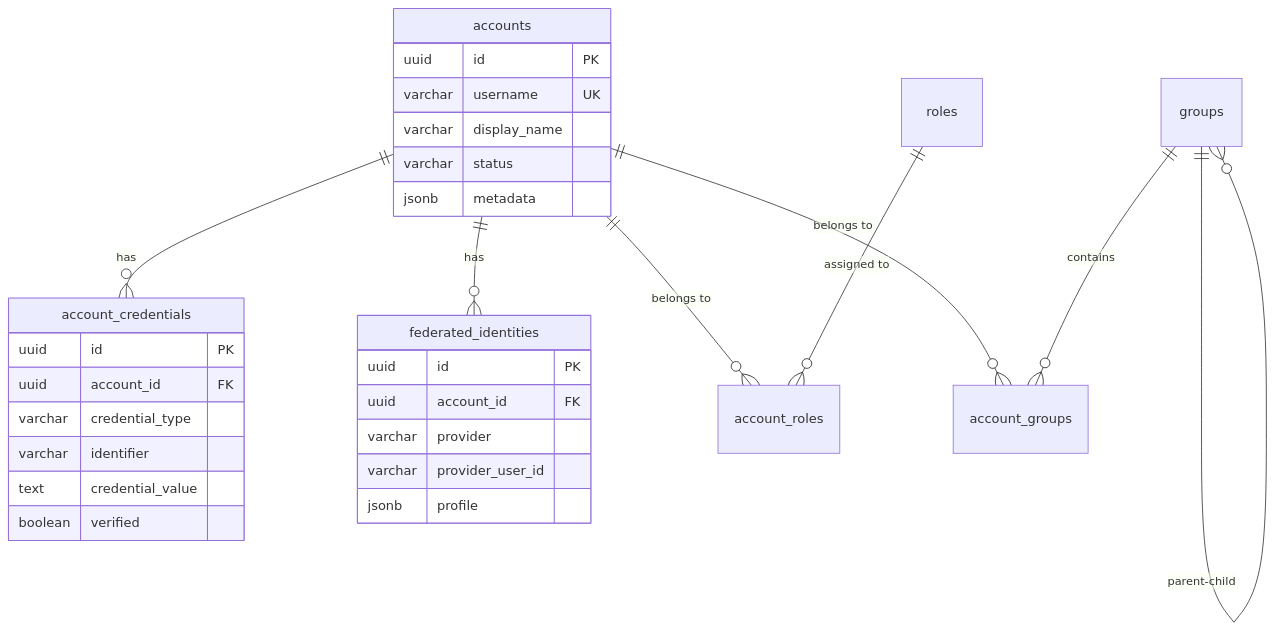
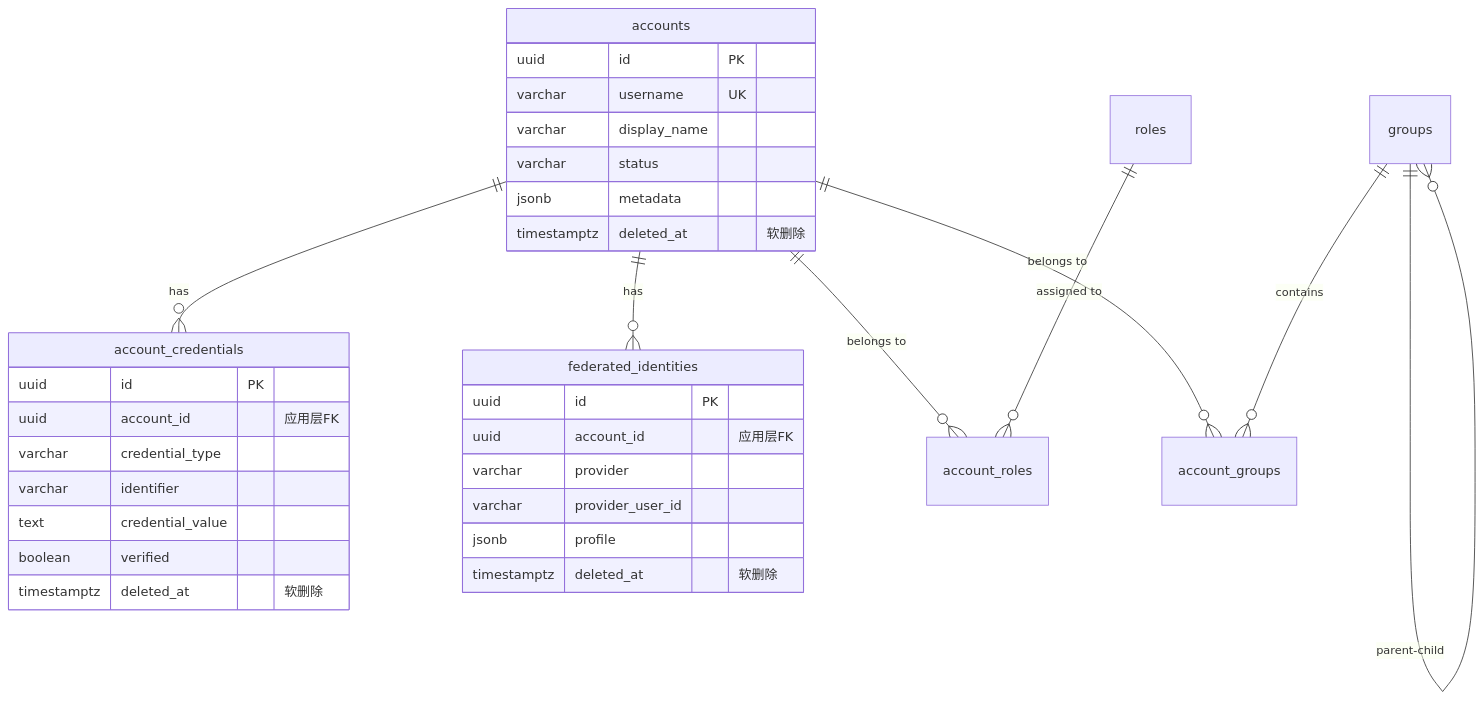
One commit to rushairer/gosso changed the third of 17 diagrams in doc/TODO.md. Above: the diagram before and after it, drawn with Mermaid. The commit also changed other lines of this file and 1 other file, not shown here.

````diff
--- a/doc/TODO.md
+++ b/doc/TODO.md
@@ -188,35 +278,38 @@
 ```mermaid
 erDiagram
     accounts ||--o{ account_credentials : "has"
     accounts ||--o{ federated_identities : "has"
     accounts ||--o{ account_roles : "belongs to"
     accounts ||--o{ account_groups : "belongs to"
     roles ||--o{ account_roles : "assigned to"
     groups ||--o{ account_groups : "contains"
     groups ||--o{ groups : "parent-child"
     
     accounts {
         uuid id PK
         varchar username UK
         varchar display_name
         varchar status
         jsonb metadata
+        timestamptz deleted_at "软删除"
     }
     
     account_credentials {
         uuid id PK
-        uuid account_id FK
+        uuid account_id "应用层FK"
         varchar credential_type
         varchar identifier
         text credential_value
         boolean verified
+        timestamptz deleted_at "软删除"
     }
     
     federated_identities {
         uuid id PK
-        uuid account_id FK
+        uuid account_id "应用层FK"
         varchar provider
         varchar provider_user_id
         jsonb profile
+        timestamptz deleted_at "软删除"
     }
 ```
````
